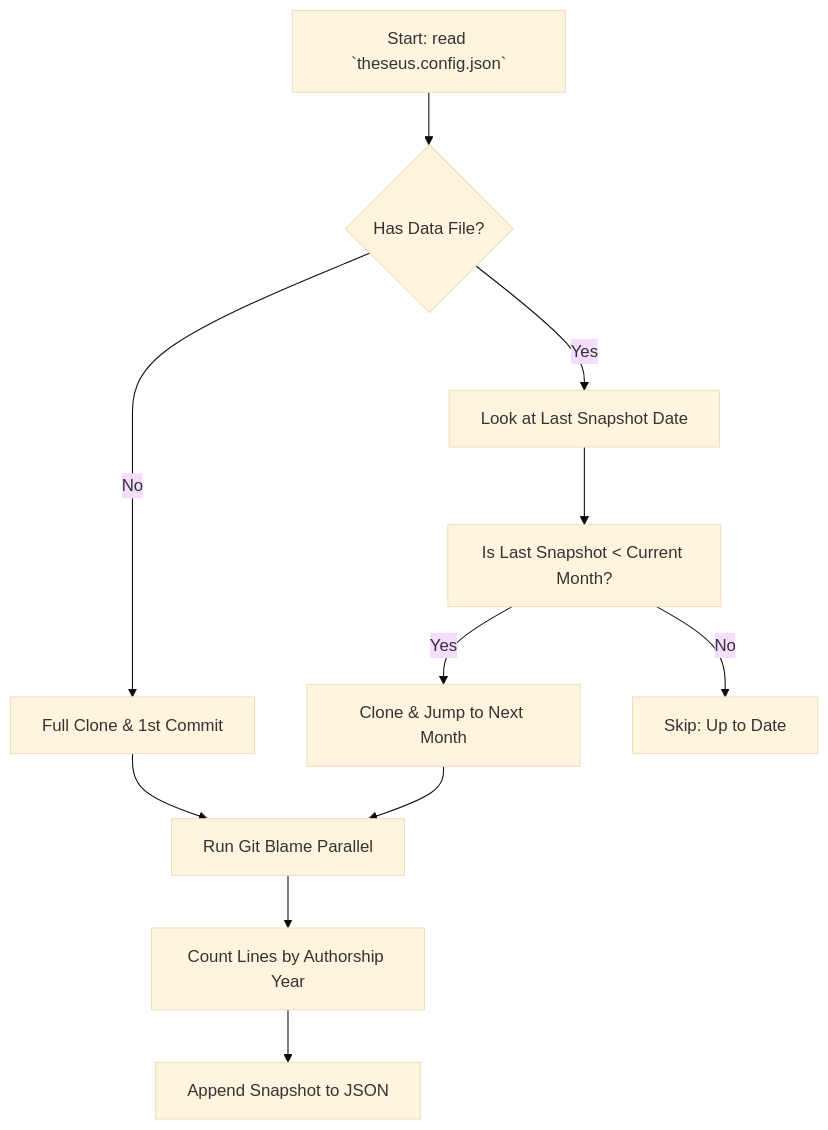
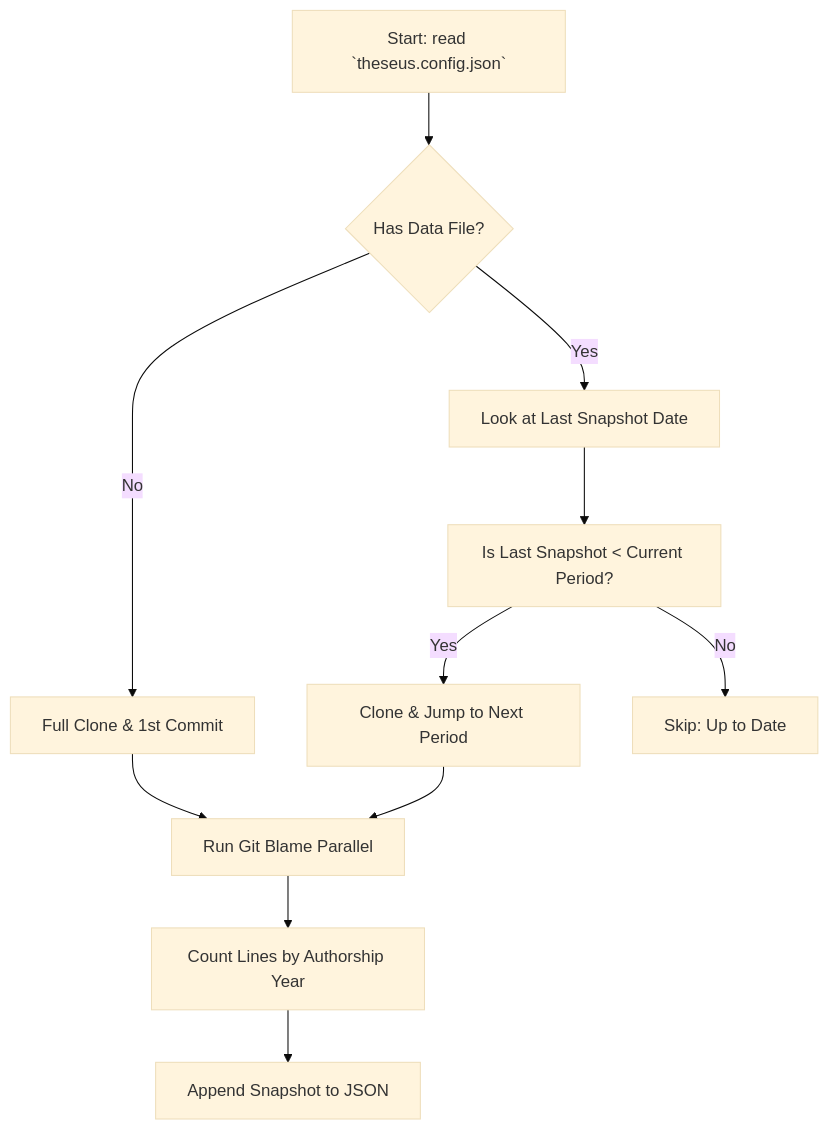
The first of 3 diagrams in docs/ARCHITECTURE.md (Asifdotexe/Theseus), drawn with Mermaid (base theme) before and after one commit. The commit also changed other lines of this file and 2 other files, not shown here.

Commit message:
#60: docs: update documentation

````diff
--- a/docs/ARCHITECTURE.md
+++ b/docs/ARCHITECTURE.md
@@ -15,13 +15,13 @@
 ```mermaid
 flowchart TD
     A[Start: read `theseus.config.json`] --> B{Has Data File?}
     B -- No --> C[Full Clone & 1st Commit]
     B -- Yes --> D[Look at Last Snapshot Date]
-    D --> E[Is Last Snapshot < Current Month?]
-    E -- Yes --> F[Clone & Jump to Next Month]
+    D --> E[Is Last Snapshot < Current Period?]
+    E -- Yes --> F[Clone & Jump to Next Period]
     E -- No --> G[Skip: Up to Date]
     C --> H[Run Git Blame Parallel]
     F --> H
     H --> I[Count Lines by Authorship Year]
     I --> J[Append Snapshot to JSON]
 ```
````
